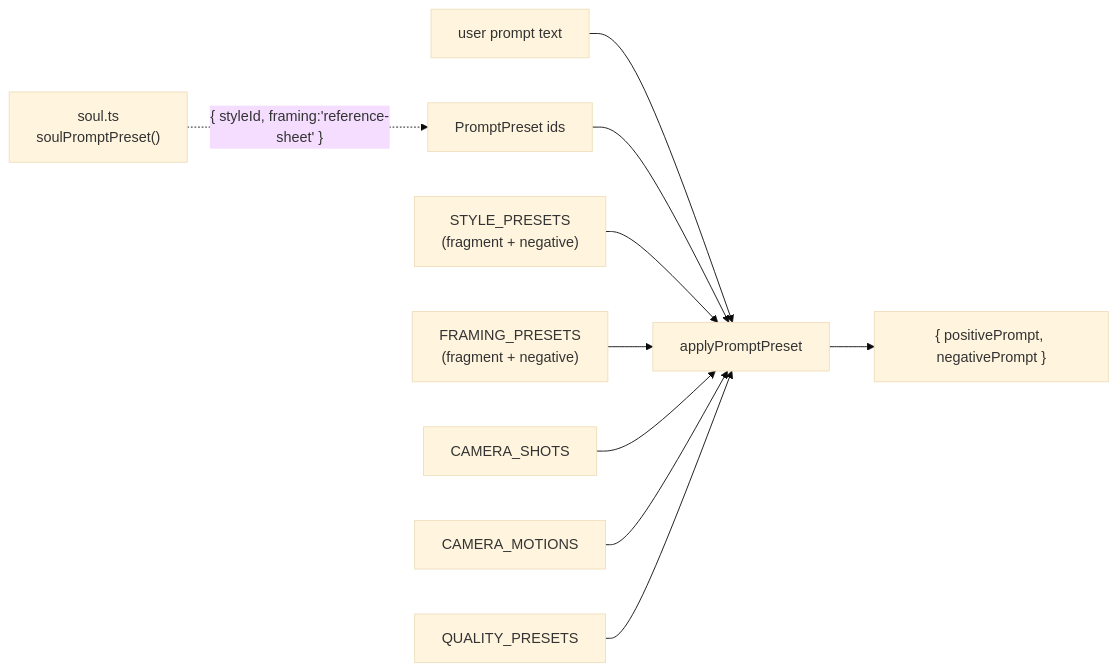
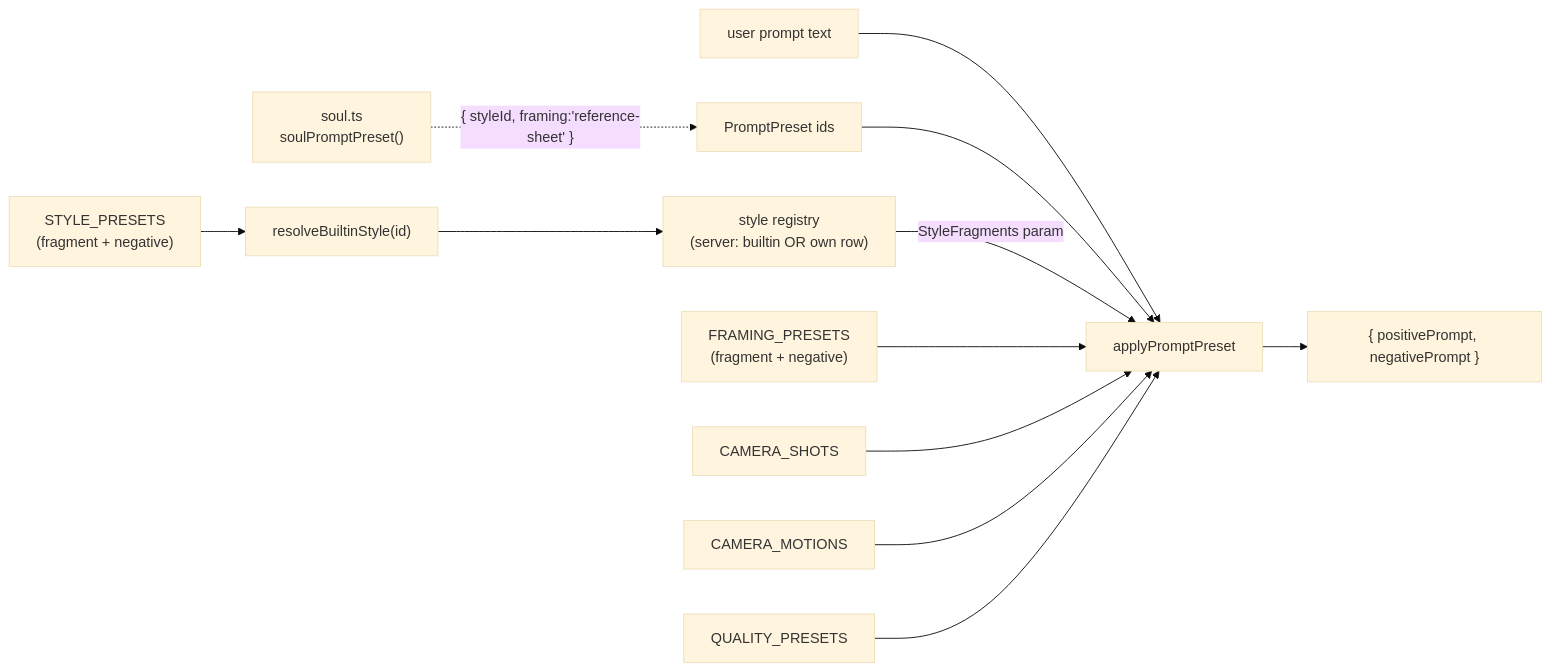
The diagram in packages/contracts/src/presets.ts.md (AzamatRaimbekov2/openCreate), drawn with Mermaid (base theme) before and after one commit. The commit also changed other lines of this file and 26 other files, not shown here.

````diff
--- a/packages/contracts/src/presets.ts.md
+++ b/packages/contracts/src/presets.ts.md
@@ -36,12 +39,14 @@
 ```mermaid
 flowchart LR
   U[user prompt text] --> AP[applyPromptPreset]
   P[PromptPreset ids] --> AP
-  ST["STYLE_PRESETS<br/>(fragment + negative)"] --> AP
+  ST["STYLE_PRESETS<br/>(fragment + negative)"] --> RB["resolveBuiltinStyle(id)"]
+  RB --> REG["style registry<br/>(server: builtin OR own row)"]
+  REG -->|"StyleFragments param"| AP
   FR["FRAMING_PRESETS<br/>(fragment + negative)"] --> AP
   CS[CAMERA_SHOTS] --> AP
   CM[CAMERA_MOTIONS] --> AP
   Q[QUALITY_PRESETS] --> AP
   AP --> OUT["{ positivePrompt, negativePrompt }"]
   SOUL["soul.ts<br/>soulPromptPreset()"] -.->|"{ styleId, framing:'reference-sheet' }"| P
 ```
````
